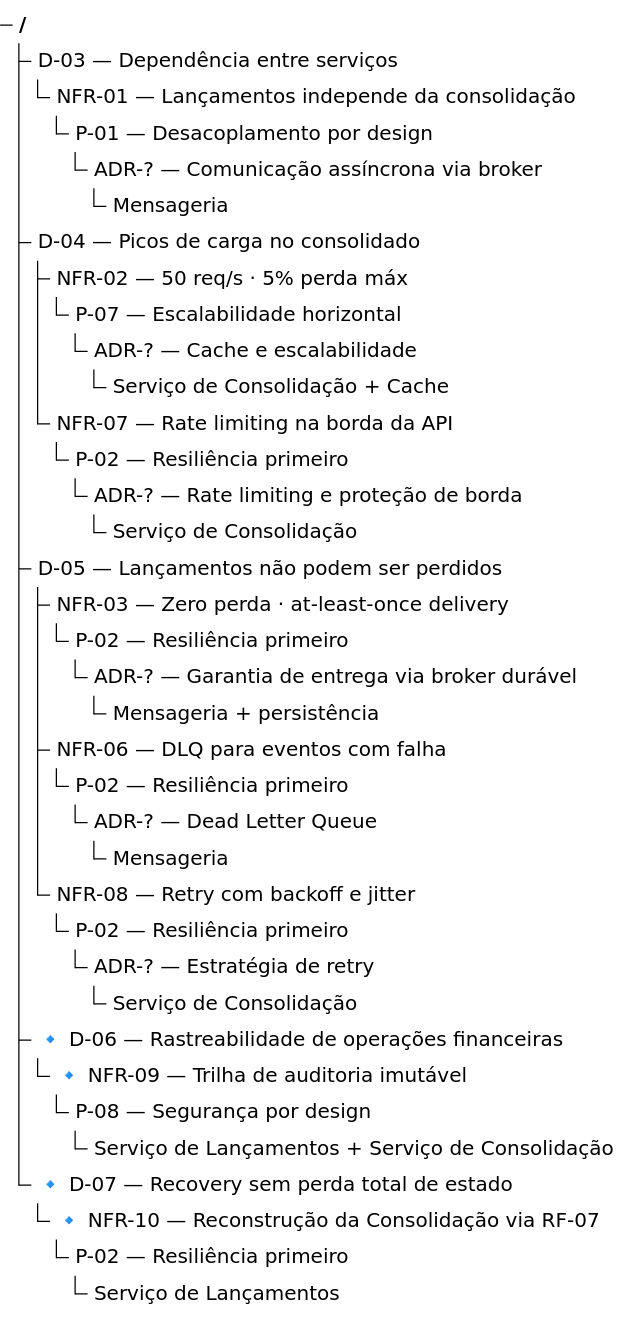
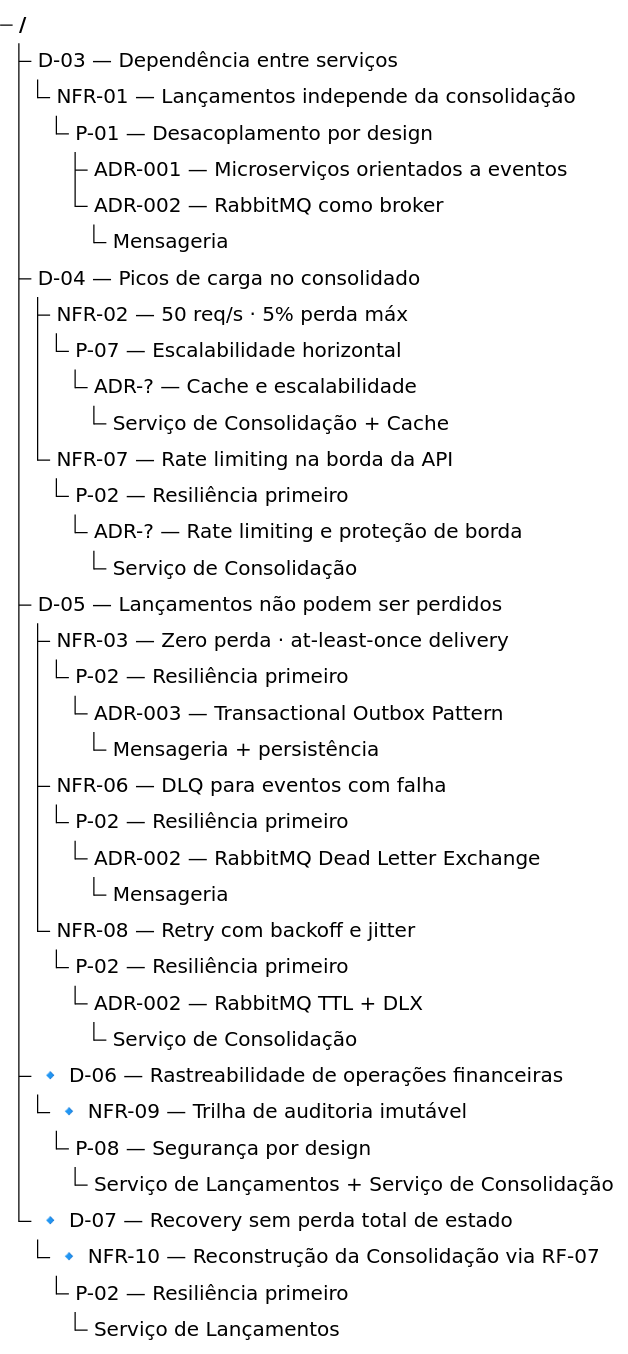
One commit to gsperim/account-engine-lab changed the second of 2 diagrams in docs/negocio/requisitos.md. Above: the diagram before and after it, drawn with Mermaid. The commit also changed 6 other files, not shown here.

First line of the commit message:
arch(adr): criar ADR-001, ADR-002 e ADR-003 — padrão arquitetural, broker e outbox

````diff
--- a/docs/negocio/requisitos.md
+++ b/docs/negocio/requisitos.md
@@ -419,38 +419,39 @@
 ```mermaid
 treeView-beta
     "D-03 — Dependência entre serviços"
         "NFR-01 — Lançamentos independe da consolidação"
             "P-01 — Desacoplamento por design"
-                "ADR-? — Comunicação assíncrona via broker"
+                "ADR-001 — Microserviços orientados a eventos"
+                "ADR-002 — RabbitMQ como broker"
                     "Mensageria"
     "D-04 — Picos de carga no consolidado"
         "NFR-02 — 50 req/s · 5% perda máx"
             "P-07 — Escalabilidade horizontal"
                 "ADR-? — Cache e escalabilidade"
                     "Serviço de Consolidação + Cache"
         "NFR-07 — Rate limiting na borda da API"
             "P-02 — Resiliência primeiro"
                 "ADR-? — Rate limiting e proteção de borda"
                     "Serviço de Consolidação"
     "D-05 — Lançamentos não podem ser perdidos"
         "NFR-03 — Zero perda · at-least-once delivery"
             "P-02 — Resiliência primeiro"
-                "ADR-? — Garantia de entrega via broker durável"
+                "ADR-003 — Transactional Outbox Pattern"
                     "Mensageria + persistência"
         "NFR-06 — DLQ para eventos com falha"
             "P-02 — Resiliência primeiro"
-                "ADR-? — Dead Letter Queue"
+                "ADR-002 — RabbitMQ Dead Letter Exchange"
                     "Mensageria"
         "NFR-08 — Retry com backoff e jitter"
             "P-02 — Resiliência primeiro"
-                "ADR-? — Estratégia de retry"
+                "ADR-002 — RabbitMQ TTL + DLX"
                     "Serviço de Consolidação"
     "🔹 D-06 — Rastreabilidade de operações financeiras"
         "🔹 NFR-09 — Trilha de auditoria imutável"
             "P-08 — Segurança por design"
                 "Serviço de Lançamentos + Serviço de Consolidação"
     "🔹 D-07 — Recovery sem perda total de estado"
         "🔹 NFR-10 — Reconstrução da Consolidação via RF-07"
             "P-02 — Resiliência primeiro"
                 "Serviço de Lançamentos"
 ```
````
